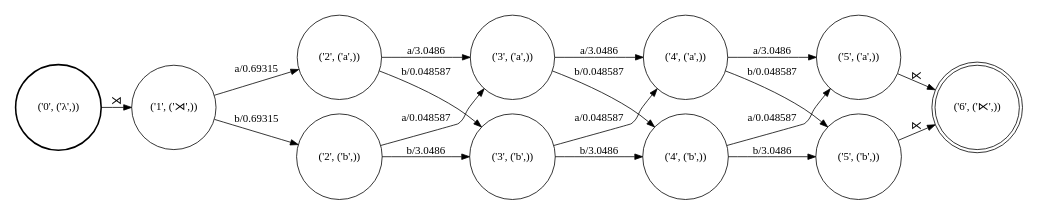
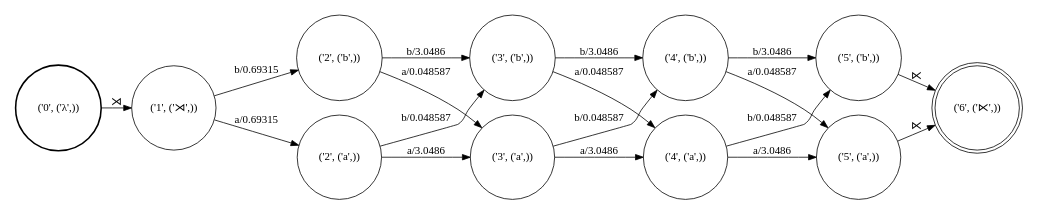
Before and after one commit to colincwilson/wynini: the diagram in demo/S.dot, drawn with Graphviz. The commit also changed 8 other files, not shown here.

```diff
--- a/demo/S.dot
+++ b/demo/S.dot
@@ -1,36 +1,36 @@
 digraph FST {
 rankdir = LR;
 size = "8.5,11";
 center = 1;
 orientation = Portrait;
 ranksep = "0.4";
 nodesep = "0.25";
 0 [label = "('0', ('λ',))", shape = circle, style = bold, fontsize = 14]
 	0 -> 1 [label = "⋊", fontsize = 14];
 1 [label = "('1', ('⋊',))", shape = circle, style = solid, fontsize = 14]
-	1 -> 2 [label = "a/0.69315", fontsize = 14];
-	1 -> 3 [label = "b/0.69315", fontsize = 14];
-2 [label = "('2', ('a',))", shape = circle, style = solid, fontsize = 14]
-	2 -> 4 [label = "a/3.0486", fontsize = 14];
-	2 -> 5 [label = "b/0.048587", fontsize = 14];
-3 [label = "('2', ('b',))", shape = circle, style = solid, fontsize = 14]
-	3 -> 4 [label = "a/0.048587", fontsize = 14];
-	3 -> 5 [label = "b/3.0486", fontsize = 14];
-4 [label = "('3', ('a',))", shape = circle, style = solid, fontsize = 14]
-	4 -> 6 [label = "a/3.0486", fontsize = 14];
-	4 -> 7 [label = "b/0.048587", fontsize = 14];
-5 [label = "('3', ('b',))", shape = circle, style = solid, fontsize = 14]
-	5 -> 6 [label = "a/0.048587", fontsize = 14];
-	5 -> 7 [label = "b/3.0486", fontsize = 14];
-6 [label = "('4', ('a',))", shape = circle, style = solid, fontsize = 14]
-	6 -> 8 [label = "a/3.0486", fontsize = 14];
-	6 -> 9 [label = "b/0.048587", fontsize = 14];
-7 [label = "('4', ('b',))", shape = circle, style = solid, fontsize = 14]
-	7 -> 8 [label = "a/0.048587", fontsize = 14];
-	7 -> 9 [label = "b/3.0486", fontsize = 14];
-8 [label = "('5', ('a',))", shape = circle, style = solid, fontsize = 14]
+	1 -> 2 [label = "b/0.69315", fontsize = 14];
+	1 -> 3 [label = "a/0.69315", fontsize = 14];
+2 [label = "('2', ('b',))", shape = circle, style = solid, fontsize = 14]
+	2 -> 4 [label = "b/3.0486", fontsize = 14];
+	2 -> 5 [label = "a/0.048587", fontsize = 14];
+3 [label = "('2', ('a',))", shape = circle, style = solid, fontsize = 14]
+	3 -> 4 [label = "b/0.048587", fontsize = 14];
+	3 -> 5 [label = "a/3.0486", fontsize = 14];
+4 [label = "('3', ('b',))", shape = circle, style = solid, fontsize = 14]
+	4 -> 6 [label = "b/3.0486", fontsize = 14];
+	4 -> 7 [label = "a/0.048587", fontsize = 14];
+5 [label = "('3', ('a',))", shape = circle, style = solid, fontsize = 14]
+	5 -> 6 [label = "b/0.048587", fontsize = 14];
+	5 -> 7 [label = "a/3.0486", fontsize = 14];
+6 [label = "('4', ('b',))", shape = circle, style = solid, fontsize = 14]
+	6 -> 8 [label = "b/3.0486", fontsize = 14];
+	6 -> 9 [label = "a/0.048587", fontsize = 14];
+7 [label = "('4', ('a',))", shape = circle, style = solid, fontsize = 14]
+	7 -> 8 [label = "b/0.048587", fontsize = 14];
+	7 -> 9 [label = "a/3.0486", fontsize = 14];
+8 [label = "('5', ('b',))", shape = circle, style = solid, fontsize = 14]
 	8 -> 10 [label = "⋉", fontsize = 14];
-9 [label = "('5', ('b',))", shape = circle, style = solid, fontsize = 14]
+9 [label = "('5', ('a',))", shape = circle, style = solid, fontsize = 14]
 	9 -> 10 [label = "⋉", fontsize = 14];
 10 [label = "('6', ('⋉',))", shape = doublecircle, style = solid, fontsize = 14]
 }
```
